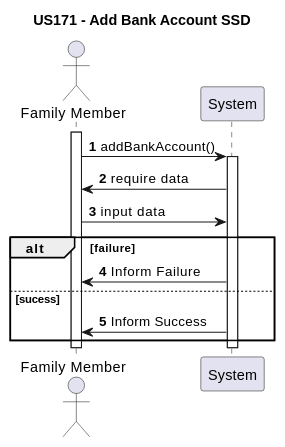
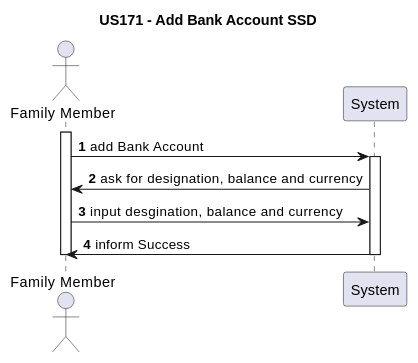
One commit to tomas-osswald/switch_2020_g3 changed the first of 3 diagrams in docs/sprint2/user_stories/US171_AddBankAccount.md. Above: the diagram before and after it, drawn with PlantUML. The commit also changed other lines of this file, not shown here.

`````diff
--- a/docs/sprint2/user_stories/US171_AddBankAccount.md
+++ b/docs/sprint2/user_stories/US171_AddBankAccount.md
@@ -27,23 +28,18 @@
 ```` puml
 
     autonumber
     title US171 - Add Bank Account SSD
     actor "Family Member" as familyMember
     participant "System" as system
 
     activate familyMember
-    familyMember -> system: addBankAccount()
+    familyMember -> system: add Bank Account
     activate system
-    system -> familyMember: require data
-    familyMember -> system: input data
-    alt failure
-    system -> familyMember : Inform Failure
-    
-    else sucess
-    system -> familyMember : Inform Success
-    end
+    system -> familyMember: ask for designation, balance and currency
+    familyMember -> system: input desgination, balance and currency
+    system -> familyMember : inform Success
     deactivate system
     deactivate familyMember
 
 @endpuml
 ````
`````
